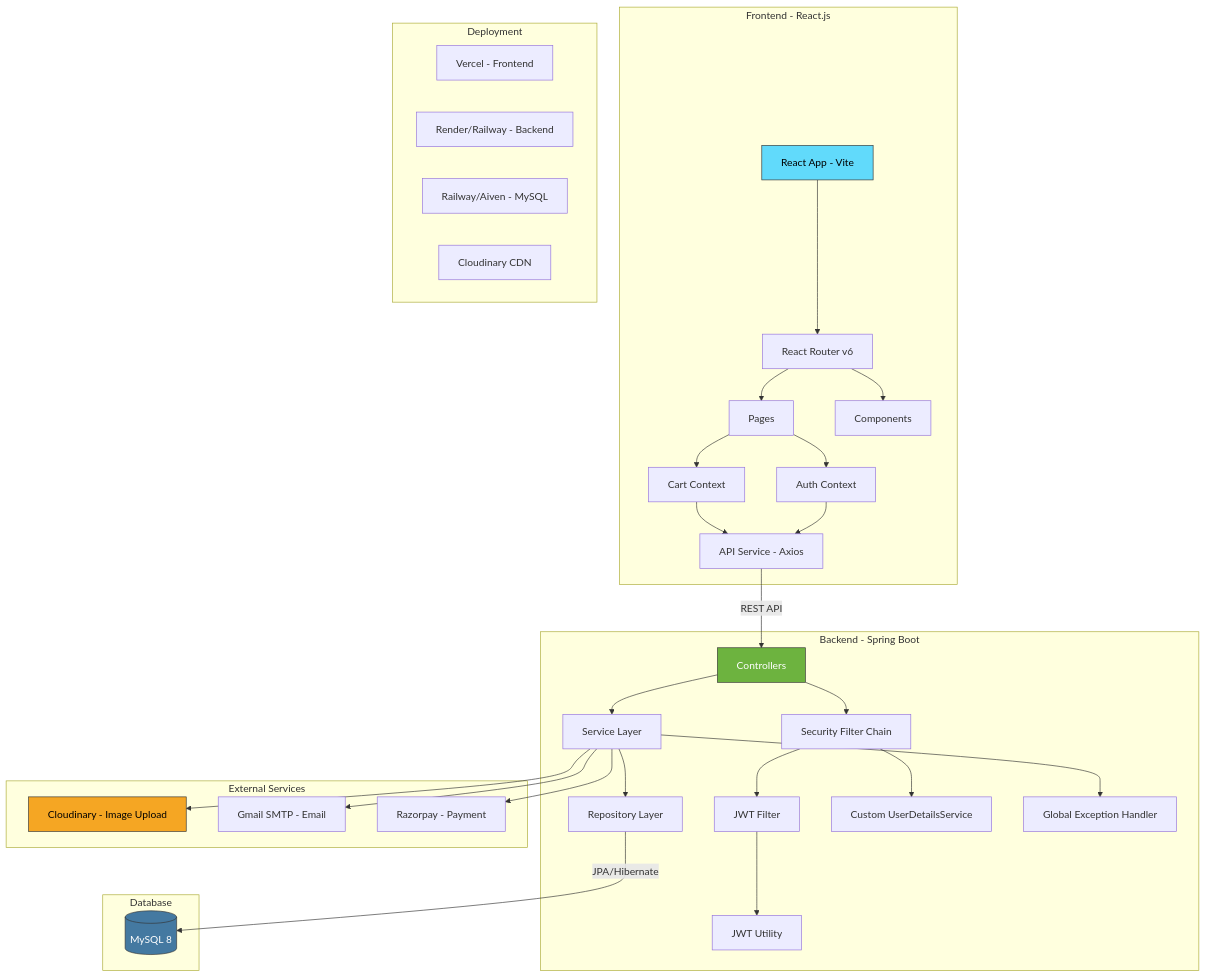
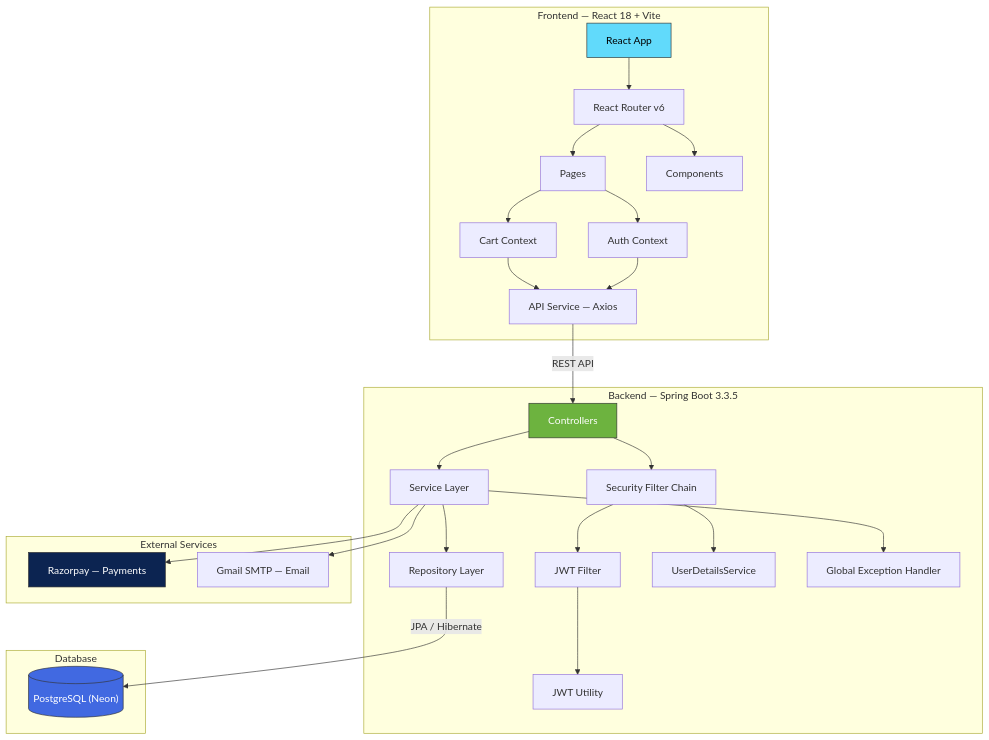
Before and after one commit to dhanushr-dev/shopease: the first of 3 diagrams in docs/Architecture.md, drawn with Mermaid. The commit also changed other lines of this file and 2 other files, not shown here.

Commit message:
docs: update system architecture and database schema docs for PostgreSQL/Neon

````diff
--- a/docs/Architecture.md
+++ b/docs/Architecture.md
@@ -5,45 +5,37 @@
 ```mermaid
 graph TB
-    subgraph "Frontend - React.js"
-        A[React App - Vite] --> B[React Router v6]
+    subgraph "Frontend — React 18 + Vite"
+        A[React App] --> B[React Router v6]
         B --> C[Pages]
         B --> D[Components]
         C --> E[Auth Context]
         C --> F[Cart Context]
-        E --> G[API Service - Axios]
+        E --> G[API Service — Axios]
         F --> G
     end
 
-    subgraph "Backend - Spring Boot"
+    subgraph "Backend — Spring Boot 3.3.5"
         G -->|REST API| H[Controllers]
         H --> I[Service Layer]
         I --> J[Repository Layer]
         H --> K[Security Filter Chain]
         K --> L[JWT Filter]
         L --> M[JWT Utility]
-        K --> N[Custom UserDetailsService]
-        I --> O[Global Exception Handler]
+        K --> N[UserDetailsService]
+        I --> O["Global Exception Handler"]
     end
 
     subgraph "Database"
-        J -->|JPA/Hibernate| P[(MySQL 8)]
+        J -->|JPA / Hibernate| P[("PostgreSQL (Neon)")]
     end
 
     subgraph "External Services"
-        I --> Q[Cloudinary - Image Upload]
-        I --> R[Gmail SMTP - Email]
-        I --> S[Razorpay - Payment]
-    end
-
-    subgraph "Deployment"
-        T[Vercel - Frontend]
-        U[Render/Railway - Backend]
-        V[Railway/Aiven - MySQL]
-        W[Cloudinary CDN]
+        I --> Q[Razorpay — Payments]
+        I --> R[Gmail SMTP — Email]
     end
 
     style A fill:#61dafb,stroke:#333,color:#000
     style H fill:#6db33f,stroke:#333,color:#fff
-    style P fill:#4479a1,stroke:#333,color:#fff
-    style Q fill:#f5a623,stroke:#333,color:#000
+    style P fill:#4169e1,stroke:#333,color:#fff
+    style Q fill:#0c2451,stroke:#333,color:#fff
 ```
````
